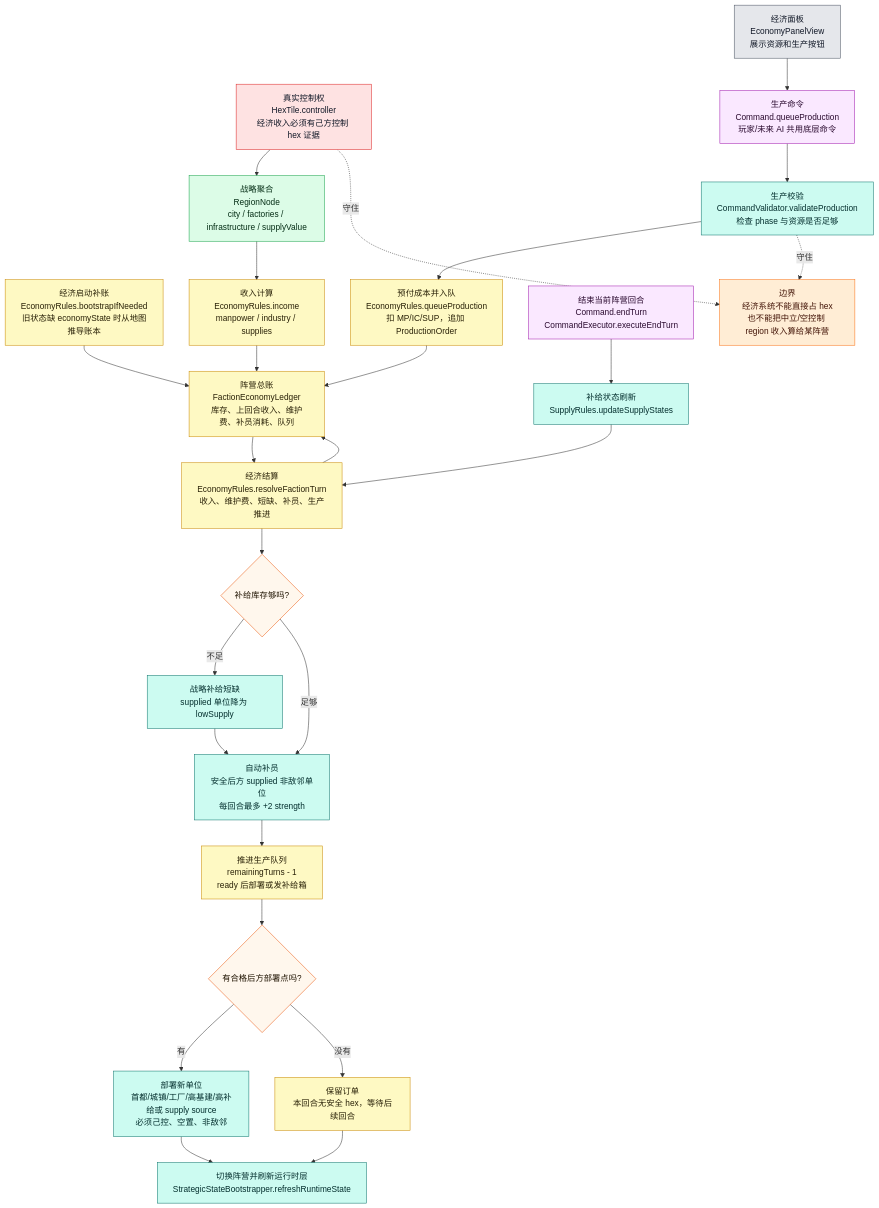
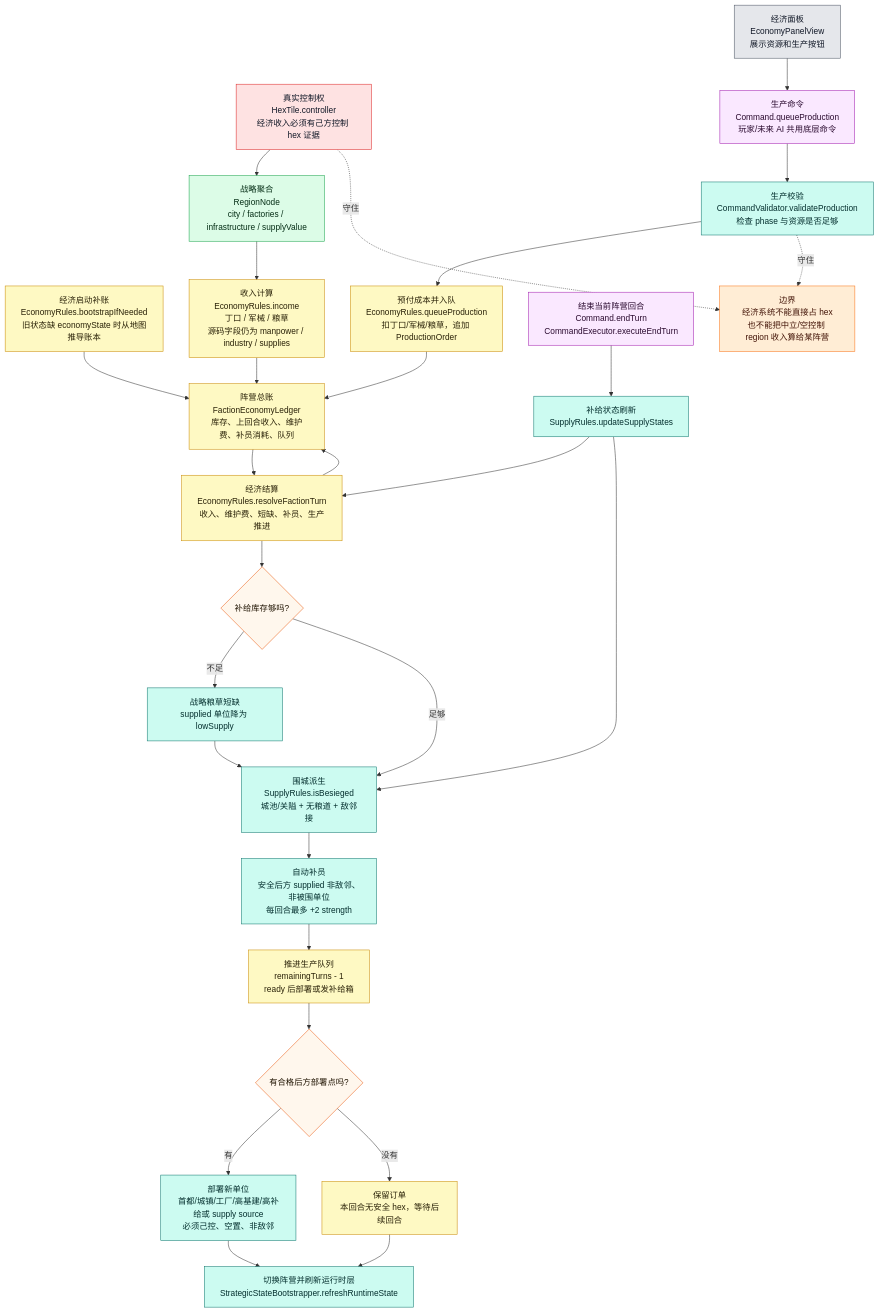
One commit to Altman-sam114/124 changed the fifth of 10 diagrams in md/flow/flowchart.md. Above: the diagram before and after it, drawn with Mermaid. The commit also changed other lines of this file and 200 other files, not shown here.

````diff
--- a/md/flow/flowchart.md
+++ b/md/flow/flowchart.md
@@ -207,51 +424,53 @@
 ```mermaid
 flowchart TD
     BOOT["经济启动补账<br/>EconomyRules.bootstrapIfNeeded<br/>旧状态缺 economyState 时从地图推导账本"]:::economy
     HEX["真实控制权<br/>HexTile.controller<br/>经济收入必须有己方控制 hex 证据"]:::authority
     REGION["战略聚合<br/>RegionNode<br/>city / factories / infrastructure / supplyValue"]:::derived
-    INCOME["收入计算<br/>EconomyRules.income<br/>manpower / industry / supplies"]:::economy
+    INCOME["收入计算<br/>EconomyRules.income<br/>丁口 / 军械 / 粮草<br/>源码字段仍为 manpower / industry / supplies"]:::economy
     LEDGER["阵营总账<br/>FactionEconomyLedger<br/>库存、上回合收入、维护费、补员消耗、队列"]:::economy
 
     UI["经济面板<br/>EconomyPanelView<br/>展示资源和生产按钮"]:::ui
     QUEUE["生产命令<br/>Command.queueProduction<br/>玩家/未来 AI 共用底层命令"]:::command
     VALIDATE["生产校验<br/>CommandValidator.validateProduction<br/>检查 phase 与资源是否足够"]:::rules
-    PAY["预付成本并入队<br/>EconomyRules.queueProduction<br/>扣 MP/IC/SUP，追加 ProductionOrder"]:::economy
+    PAY["预付成本并入队<br/>EconomyRules.queueProduction<br/>扣丁口/军械/粮草，追加 ProductionOrder"]:::economy
 
     END["结束当前阵营回合<br/>Command.endTurn<br/>CommandExecutor.executeEndTurn"]:::command
     SUPPLY["补给状态刷新<br/>SupplyRules.updateSupplyStates"]:::rules
     RESOLVE["经济结算<br/>EconomyRules.resolveFactionTurn<br/>收入、维护费、短缺、补员、生产推进"]:::economy
     SHORT{"补给库存够吗?"}:::decision
-    LOW["战略补给短缺<br/>supplied 单位降为 lowSupply"]:::rules
-    REINF["自动补员<br/>安全后方 supplied 非敌邻单位<br/>每回合最多 +2 strength"]:::rules
+    LOW["战略粮草短缺<br/>supplied 单位降为 lowSupply"]:::rules
+    SIEGE["围城派生<br/>SupplyRules.isBesieged<br/>城池/关隘 + 无粮道 + 敌邻接"]:::rules
+    REINF["自动补员<br/>安全后方 supplied 非敌邻、非被围单位<br/>每回合最多 +2 strength"]:::rules
     PROD["推进生产队列<br/>remainingTurns - 1<br/>ready 后部署或发补给箱"]:::economy
     DEPLOY{"有合格后方部署点吗?"}:::decision
     SPAWN["部署新单位<br/>首都/城镇/工厂/高基建/高补给或 supply source<br/>必须己控、空置、非敌邻"]:::rules
     WAIT["保留订单<br/>本回合无安全 hex，等待后续回合"]:::economy
     NEXT["切换阵营并刷新运行时层<br/>StrategicStateBootstrapper.refreshRuntimeState"]:::rules
 
     BOOT --> LEDGER
     HEX --> REGION --> INCOME --> LEDGER
     UI --> QUEUE --> VALIDATE --> PAY --> LEDGER
     END --> SUPPLY --> RESOLVE
     LEDGER --> RESOLVE
     RESOLVE --> SHORT
-    SHORT -->|不足| LOW --> REINF
-    SHORT -->|足够| REINF
+    SHORT -->|不足| LOW --> SIEGE
+    SHORT -->|足够| SIEGE
+    SUPPLY --> SIEGE --> REINF
     REINF --> PROD --> DEPLOY
     DEPLOY -->|有| SPAWN --> NEXT
     DEPLOY -->|没有| WAIT --> NEXT
     RESOLVE --> LEDGER
 
     WARN["边界<br/>经济系统不能直接占 hex<br/>也不能把中立/空控制 region 收入算给某阵营"]:::warn
     HEX -.守住.-> WARN
     VALIDATE -.守住.-> WARN
 
     classDef authority fill:#fee2e2,stroke:#dc2626,color:#111827
     classDef derived fill:#dcfce7,stroke:#16a34a,color:#052e16
     classDef economy fill:#fef9c3,stroke:#ca8a04,color:#292107
     classDef command fill:#fae8ff,stroke:#a21caf,color:#2a0a2f
     classDef rules fill:#ccfbf1,stroke:#0f766e,color:#042f2e
     classDef decision fill:#fff7ed,stroke:#ea580c,color:#1f1300
     classDef ui fill:#e5e7eb,stroke:#4b5563,color:#111827
     classDef warn fill:#ffedd5,stroke:#f97316,color:#431407
 ```
````
